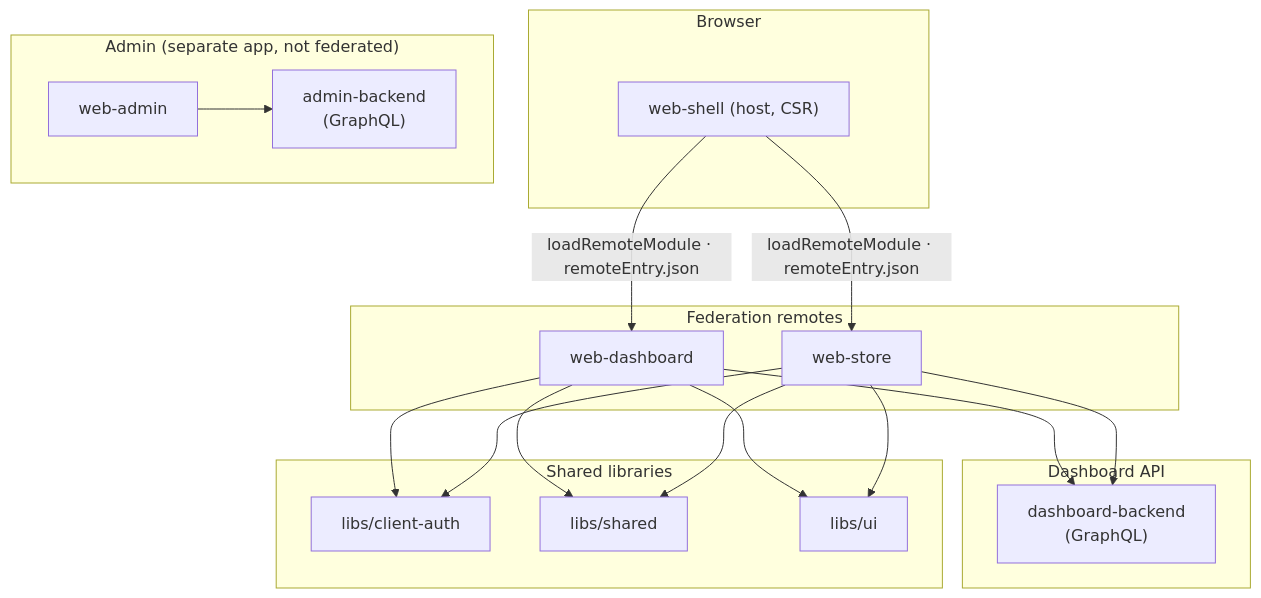
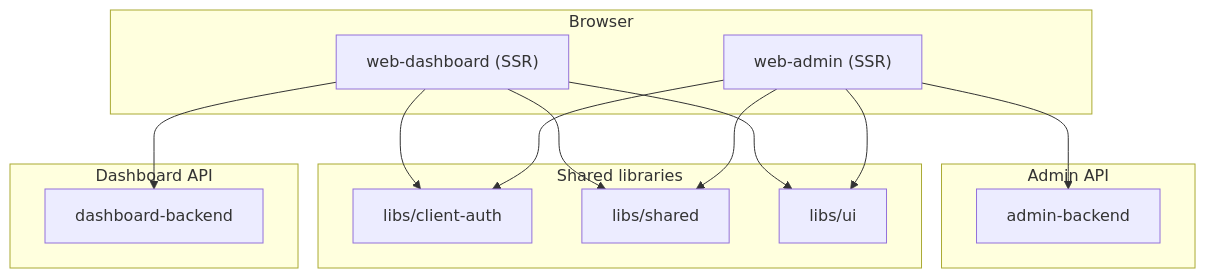
Before and after one commit to JoelNieto/skooltrak: the first of 2 diagrams in README.md, drawn with Mermaid. The commit also changed other lines of this file and 86 other files, not shown here.

Commit message:
chore: refactor web-dashboard to remove Native Federation setup; update Dockerfile, project configuration, and routing for standalone Angular SSR application

````diff
--- a/README.md
+++ b/README.md
@@ -18,38 +18,30 @@
 ```mermaid
 flowchart TB
   subgraph Client["Browser"]
-    Shell["web-shell (host, CSR)"]
+    Dash["web-dashboard (SSR)"]
+    WA["web-admin (SSR)"]
   end
 
-  subgraph Remotes["Federation remotes"]
-    Dash["web-dashboard"]
-    Store["web-store"]
+  subgraph DashboardStack["Dashboard API"]
+    DB["dashboard-backend"]
   end
 
-  subgraph API["Dashboard API"]
-    DB["dashboard-backend\n(GraphQL)"]
-  end
-
-  subgraph AdminStack["Admin (separate app, not federated)"]
-    WA["web-admin"]
-    AB["admin-backend\n(GraphQL)"]
+  subgraph AdminStack["Admin API"]
+    AB["admin-backend"]
   end
 
   subgraph Libs["Shared libraries"]
     CA["libs/client-auth"]
     SH["libs/shared"]
     UI["libs/ui"]
   end
 
-  Shell -->|"loadRemoteModule · remoteEntry.json"| Dash
-  Shell -->|"loadRemoteModule · remoteEntry.json"| Store
   Dash --> DB
-  Store --> DB
   Dash --> CA
-  Store --> CA
   Dash --> SH
-  Store --> SH
   Dash --> UI
-  Store --> UI
   WA --> AB
+  WA --> CA
+  WA --> SH
+  WA --> UI
 ```
````
